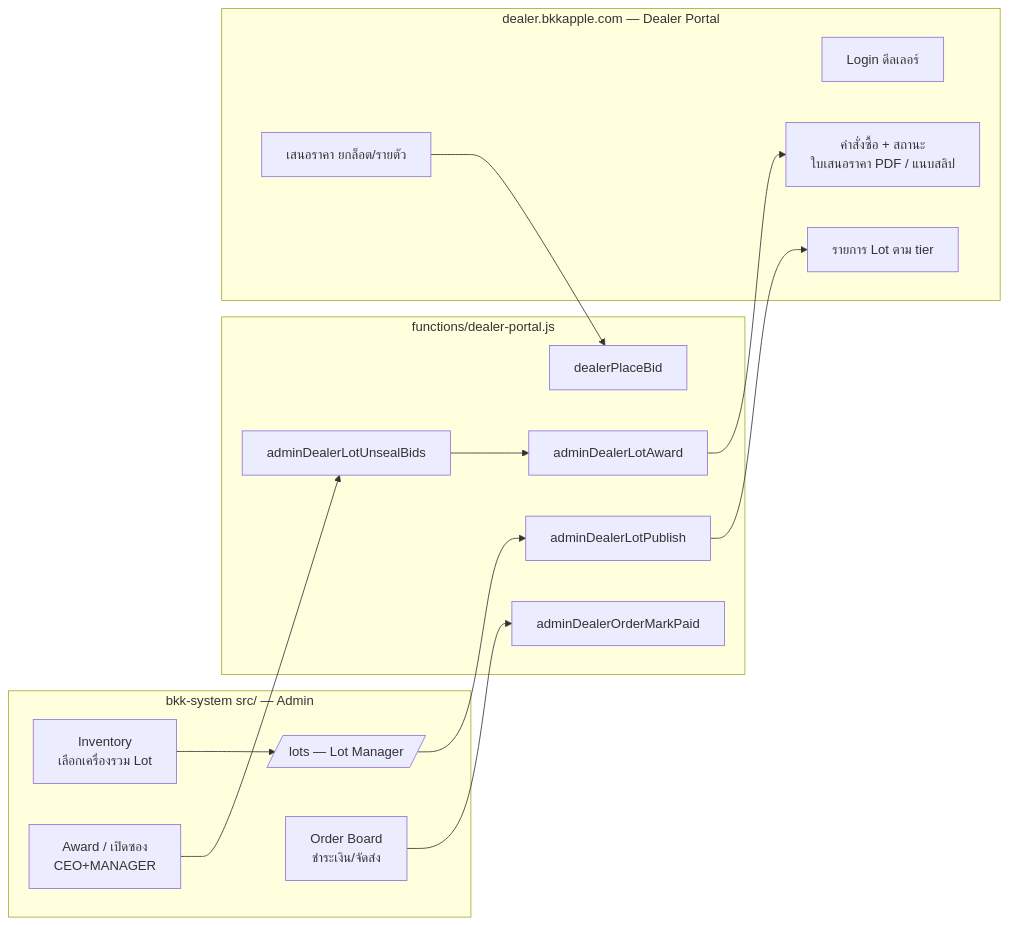
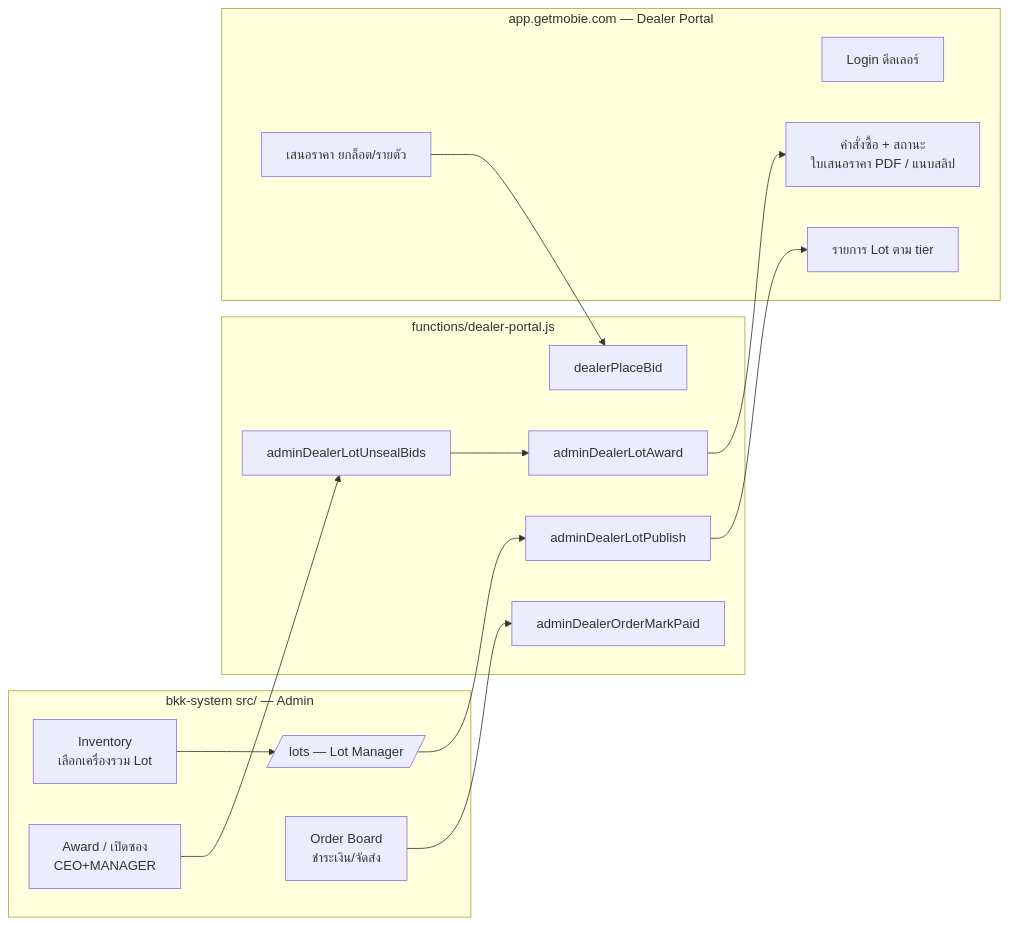
Before and after one commit to panuwat-bkkapple/bkk-system: the second of 3 diagrams in docs/dealer-portal-design.md, drawn with Mermaid. The commit also changed other lines of this file and 10 other files, not shown here.

First line of the commit message:
feat(dealer): แยกแบรนด์ฝั่งขายส่งเป็น GETMOBIE (บริษัท เก็ทโมบี้ จำกัด) — โดเมน app.getmobie.com

````diff
--- a/docs/dealer-portal-design.md
+++ b/docs/dealer-portal-design.md
@@ -109,25 +109,25 @@
 ```mermaid
 flowchart LR
   subgraph admin [bkk-system src/ — Admin]
     INV[Inventory<br/>เลือกเครื่องรวม Lot] --> LM[/lots — Lot Manager/]
     AW[Award / เปิดซอง<br/>CEO+MANAGER]
     OB[Order Board<br/>ชำระเงิน/จัดส่ง]
   end
   subgraph functions [functions/dealer-portal.js]
     F1[adminDealerLotPublish]
     F2[dealerPlaceBid]
     F3[adminDealerLotUnsealBids]
     F4[adminDealerLotAward]
     F5[adminDealerOrderMarkPaid]
   end
-  subgraph portal [dealer.bkkapple.com — Dealer Portal]
+  subgraph portal [app.getmobie.com — Dealer Portal]
     P1[Login ดีลเลอร์]
     P2[รายการ Lot ตาม tier]
     P3[เสนอราคา ยกล็อต/รายตัว]
     P4[คำสั่งซื้อ + สถานะ<br/>ใบเสนอราคา PDF / แนบสลิป]
   end
   LM --> F1 --> P2
   P3 --> F2
   AW --> F3 --> F4 --> P4
   OB --> F5
 ```
````
